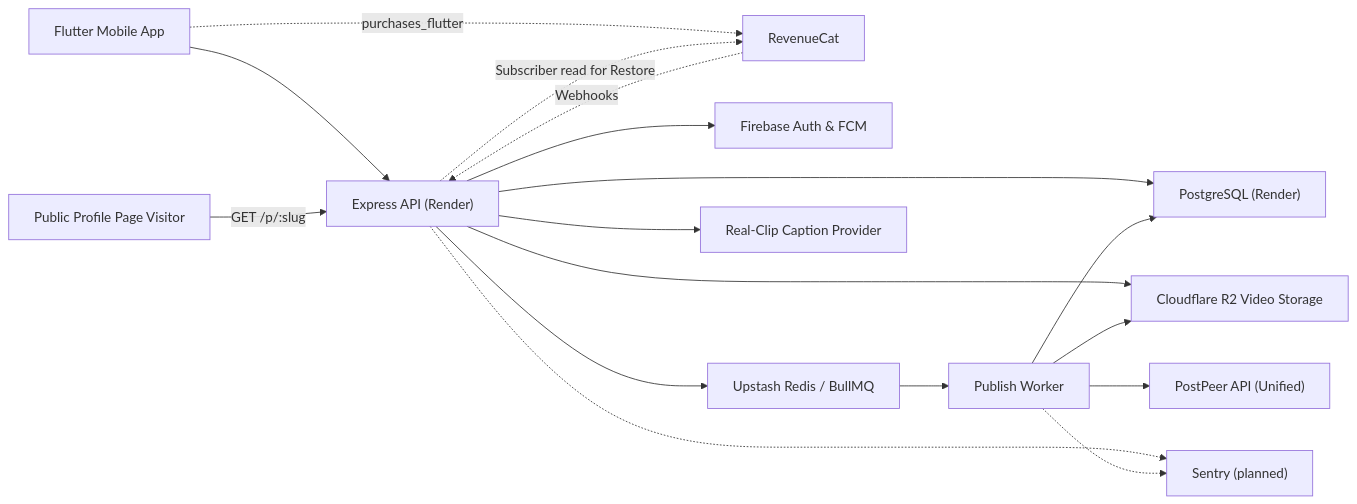
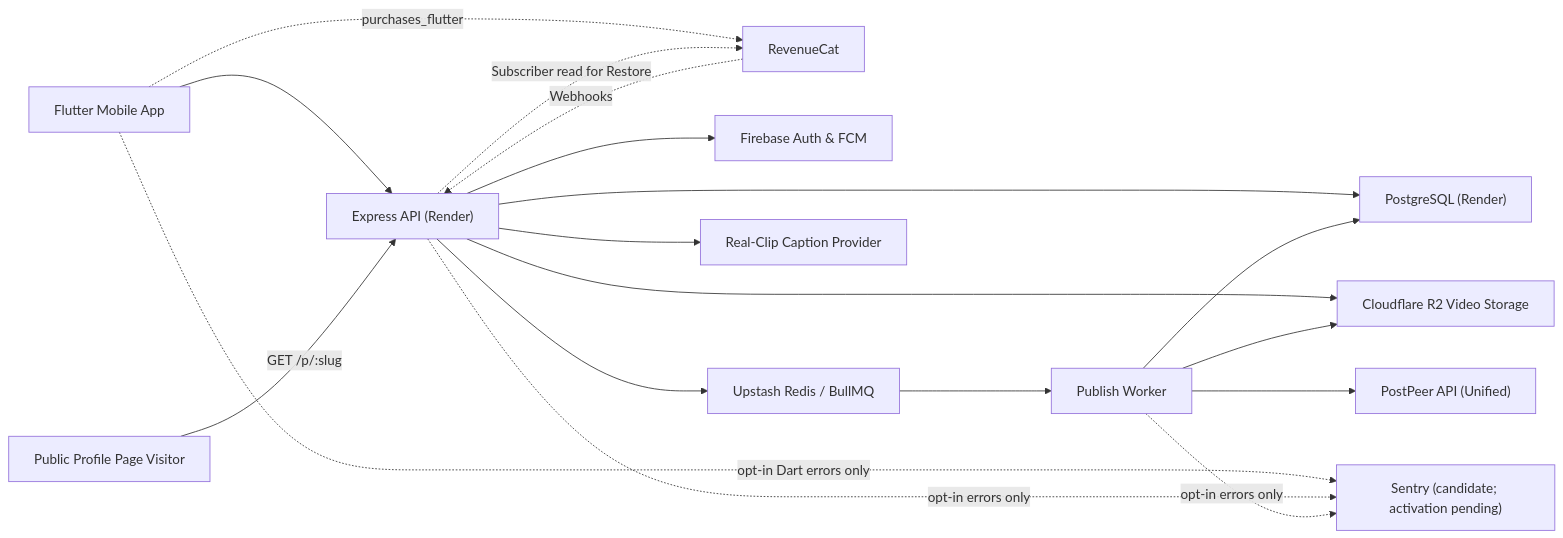
Before and after one commit to NOI56/PostDeeMobile: the first of 8 diagrams in ARCHITECTURE.md, drawn with Mermaid. The commit also changed other lines of this file and 34 other files, not shown here.

````diff
--- a/ARCHITECTURE.md
+++ b/ARCHITECTURE.md
@@ -1157,19 +1228,20 @@
 ```mermaid
 flowchart LR
   Mobile["Flutter Mobile App"] --> API["Express API (Render)"]
   Mobile -.->|purchases_flutter| RC["RevenueCat"]
   RC -.->|Webhooks| API
   API -.->|Subscriber read for Restore| RC
   API --> Auth["Firebase Auth & FCM"]
   API --> DB["PostgreSQL (Render)"]
   API --> Storage["Cloudflare R2 Video Storage"]
   API --> Queue["Upstash Redis / BullMQ"]
   API --> Captions["Real-Clip Caption Provider"]
   Browser["Public Profile Page Visitor"] -->|"GET /p/:slug"| API
   Queue --> Worker["Publish Worker"]
   Worker --> Social["PostPeer API (Unified)"]
   Worker --> Storage
   Worker --> DB
-  API -.-> PlannedSentry["Sentry (planned)"]
-  Worker -.-> PlannedSentry
+  Mobile -.->|"opt-in Dart errors only"| Sentry["Sentry (candidate; activation pending)"]
+  API -.->|"opt-in errors only"| Sentry
+  Worker -.->|"opt-in errors only"| Sentry
 ```
````
